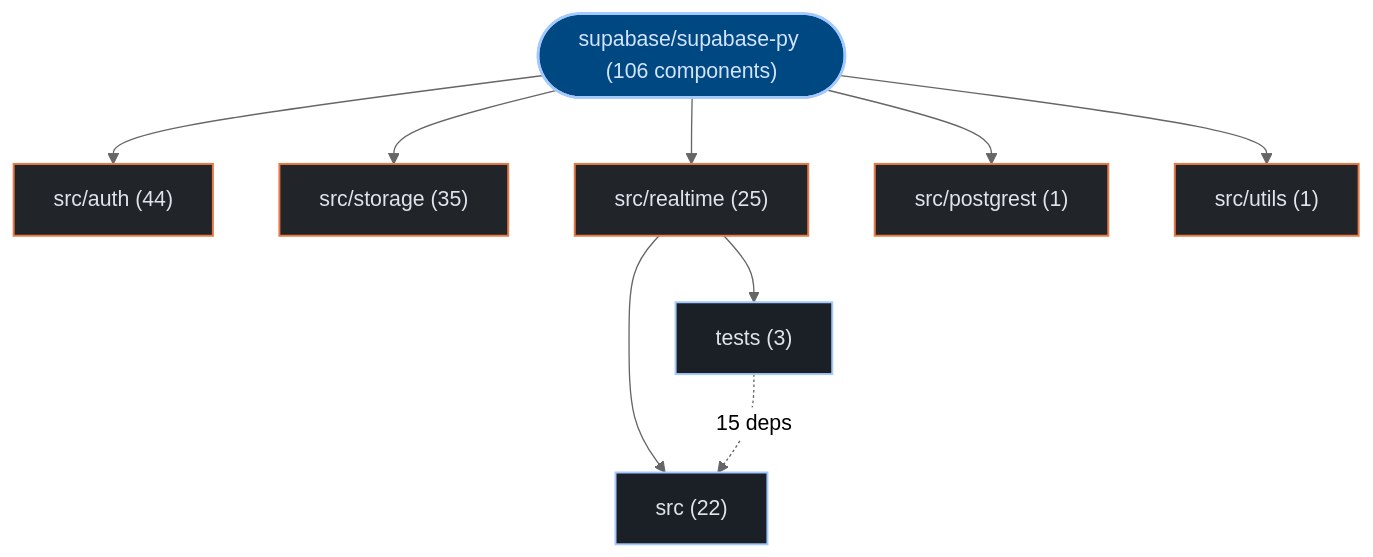
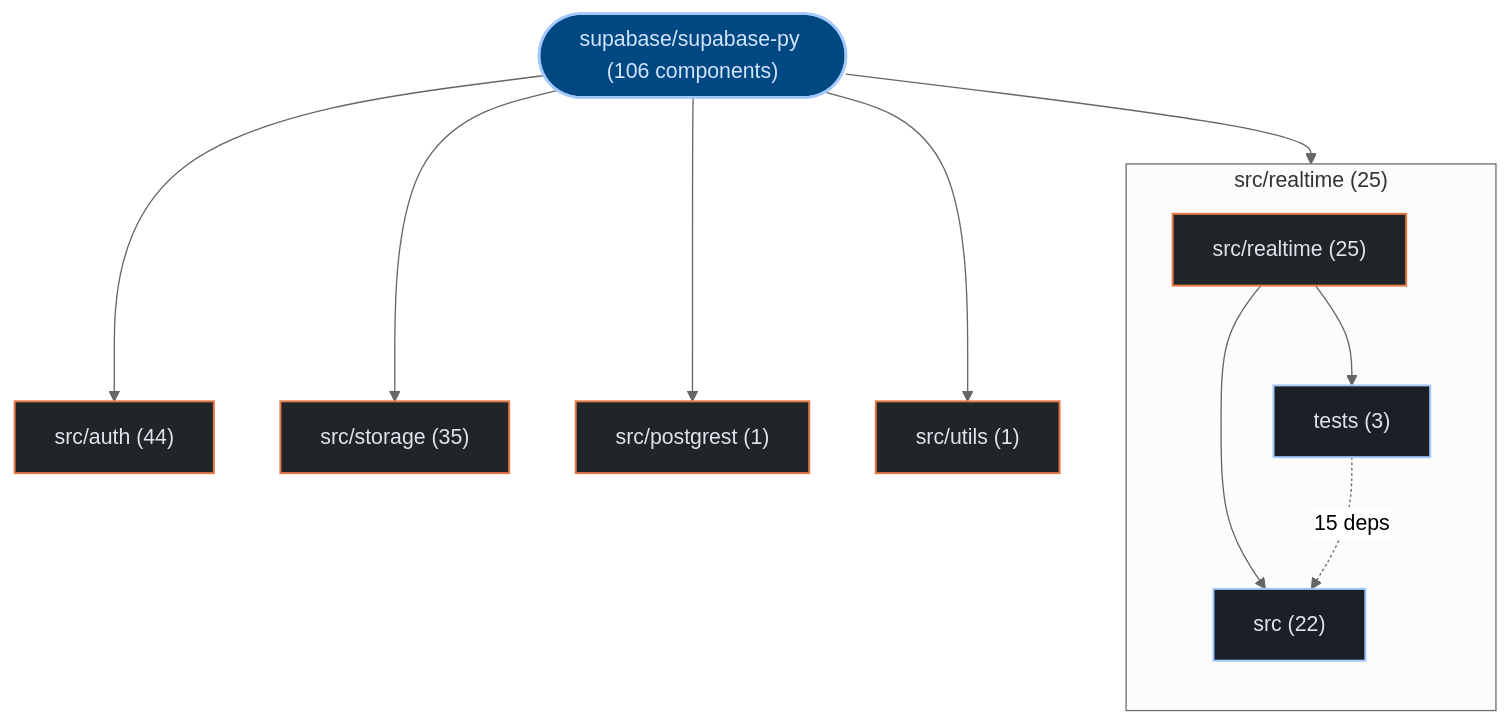
Before and after one commit to kumarshaz/atruss-code-atlas: the first of 3 diagrams in exports/latest/reports/supabase-supabase-py-report.md, drawn with Mermaid (neutral theme). The commit also changed 178 other files, not shown here.

Commit message:
feat(ui,mermaid): upgrade to mermaid v12 + ELK layout, add orgs-summary + pagination, subgraph building blocks, fix tab alignment

````diff
--- a/exports/latest/reports/supabase-supabase-py-report.md
+++ b/exports/latest/reports/supabase-supabase-py-report.md
@@ -42,26 +42,29 @@
 ```mermaid
 graph TD;
   classDef atlasRoot fill:#004882,stroke:#a3c9ff,stroke-width:2px,color:#d3e4ff
   classDef atlasCategory fill:#212428,stroke:#E87A48,stroke-width:1.5px,color:#dfe3eb
   classDef atlasWorkflow fill:#1b2026,stroke:#a3c9ff,stroke-width:1.5px,color:#dfe3eb
   classDef atlasJob fill:#171c22,stroke:#8d9199,stroke-width:1px,color:#dfe3eb
   classDef atlasTarget fill:#005227,stroke:#8bd99b,stroke-width:1.5px,color:#a7f6b6
   classDef atlasAlert fill:#93000a,stroke:#ffb4ab,stroke-width:1.5px,color:#ffdad6
   classDef atlasMore fill:#252a31,stroke:#8d9199,stroke-dasharray:4 4,color:#c3c6cf
     repo_root(["supabase/supabase-py (106 components)"]):::atlasRoot
     dir_0_src_auth["src/auth (44)"]:::atlasCategory
     repo_root --> dir_0_src_auth
     dir_1_src_storage["src/storage (35)"]:::atlasCategory
     repo_root --> dir_1_src_storage
-    dir_2_src_realtime["src/realtime (25)"]:::atlasCategory
+    subgraph sg_dir_2_src_realtime["src/realtime (25)"]
+      direction TB
+      dir_2_src_realtime["src/realtime (25)"]:::atlasCategory
+      sub_2_0_src["src (22)"]:::atlasWorkflow
+      dir_2_src_realtime --> sub_2_0_src
+      sub_2_1_tests["tests (3)"]:::atlasWorkflow
+      dir_2_src_realtime --> sub_2_1_tests
+    end
     repo_root --> dir_2_src_realtime
-    sub_2_0_src["src (22)"]:::atlasWorkflow
-    dir_2_src_realtime --> sub_2_0_src
-    sub_2_1_tests["tests (3)"]:::atlasWorkflow
-    dir_2_src_realtime --> sub_2_1_tests
     dir_3_src_postgrest["src/postgrest (1)"]:::atlasCategory
     repo_root --> dir_3_src_postgrest
     dir_4_src_utils["src/utils (1)"]:::atlasCategory
     repo_root --> dir_4_src_utils
     sub_2_1_tests -.->|"15 deps"| sub_2_0_src
 ```
````
